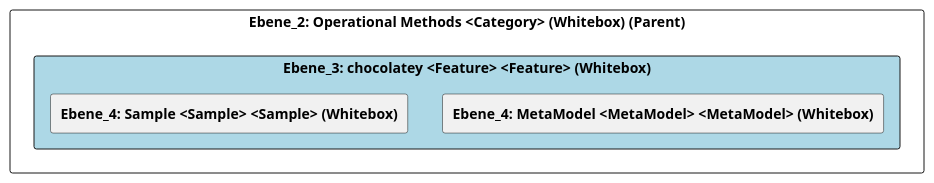
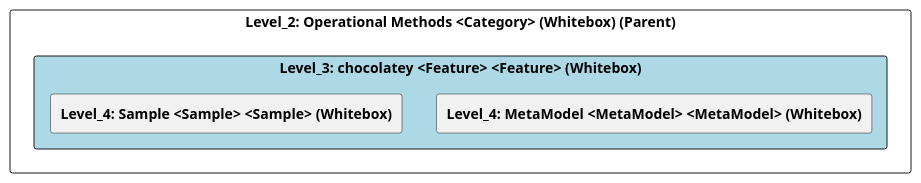
The diagram in doc/cleonproject_deliverables_architecture_model_architecture/adoc/de/05_bausteinsicht/cleon/operational_methods/chocolatey/ebene_3_chocolatey.adoc (marcozwyssig/cleon), drawn with PlantUML before and after one commit. The commit also changed other lines of this file and 83 other files, not shown here.

```diff
--- a/doc/cleonproject_deliverables_architecture_model_architecture/adoc/de/05_bausteinsicht/cleon/operational_methods/chocolatey/ebene_3_chocolatey.adoc
+++ b/doc/cleonproject_deliverables_architecture_model_architecture/adoc/de/05_bausteinsicht/cleon/operational_methods/chocolatey/ebene_3_chocolatey.adoc
@@ -20,25 +20,25 @@
-[plantuml, Ebene_3: chocolatey <Feature> <Feature> (Whitebox)BlockOverview, format="svg"]
+[plantuml, Level_3: chocolatey <Feature> <Feature> (Whitebox)BlockOverview, format="svg"]
 ----
-@startuml Ebene_3: chocolatey <Feature> <Feature> (Whitebox)BuildingBlockOverview
+@startuml Level_3: chocolatey <Feature> <Feature> (Whitebox)BuildingBlockOverview
 
 skinparam ranksep 10
 skinparam componentStyle rectangle
 skinparam shadowing false
 skinparam arrowColor lightblue
 skinparam arrowThickness 1.2
 skinparam rectangle {
   BackgroundColor White
   BorderColor #333
   RoundCorner 10
 }
 top to bottom direction
 
-component "Ebene_2: Operational Methods <Category> (Whitebox) (Parent)" {
-    component "Ebene_3: chocolatey <Feature> <Feature> (Whitebox)" #lightblue {
-        [**Ebene_4: MetaModel <MetaModel> <MetaModel> (Whitebox)**] as 4A570576_D579_11EE_903E_9F564E4DE07E
-        [**Ebene_4: Sample <Sample> <Sample> (Whitebox)**] as 4A56DE3C_D579_11EE_903E_9F564E4DE07E
+component "Level_2: Operational Methods <Category> (Whitebox) (Parent)" {
+    component "Level_3: chocolatey <Feature> <Feature> (Whitebox)" #lightblue {
+        [**Level_4: MetaModel <MetaModel> <MetaModel> (Whitebox)**] as 4A570576_D579_11EE_903E_9F564E4DE07E
+        [**Level_4: Sample <Sample> <Sample> (Whitebox)**] as 4A56DE3C_D579_11EE_903E_9F564E4DE07E
     }
 }
 
 @enduml
 ----
```
